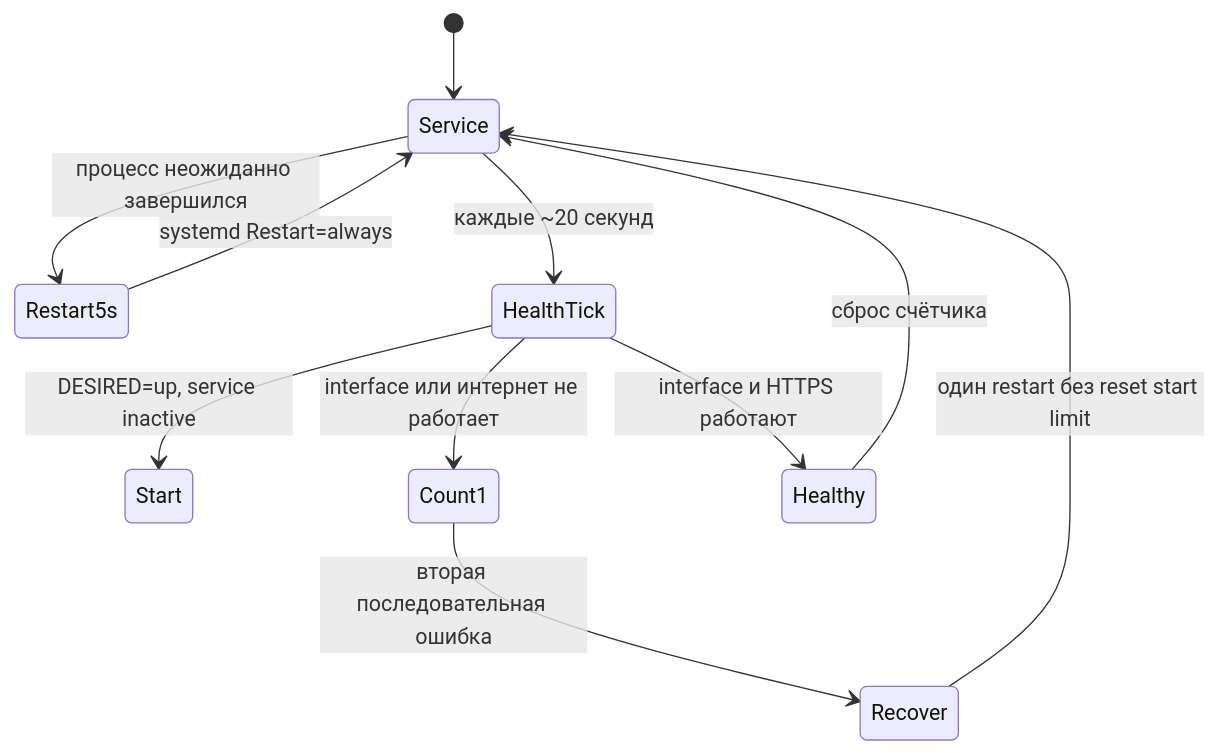
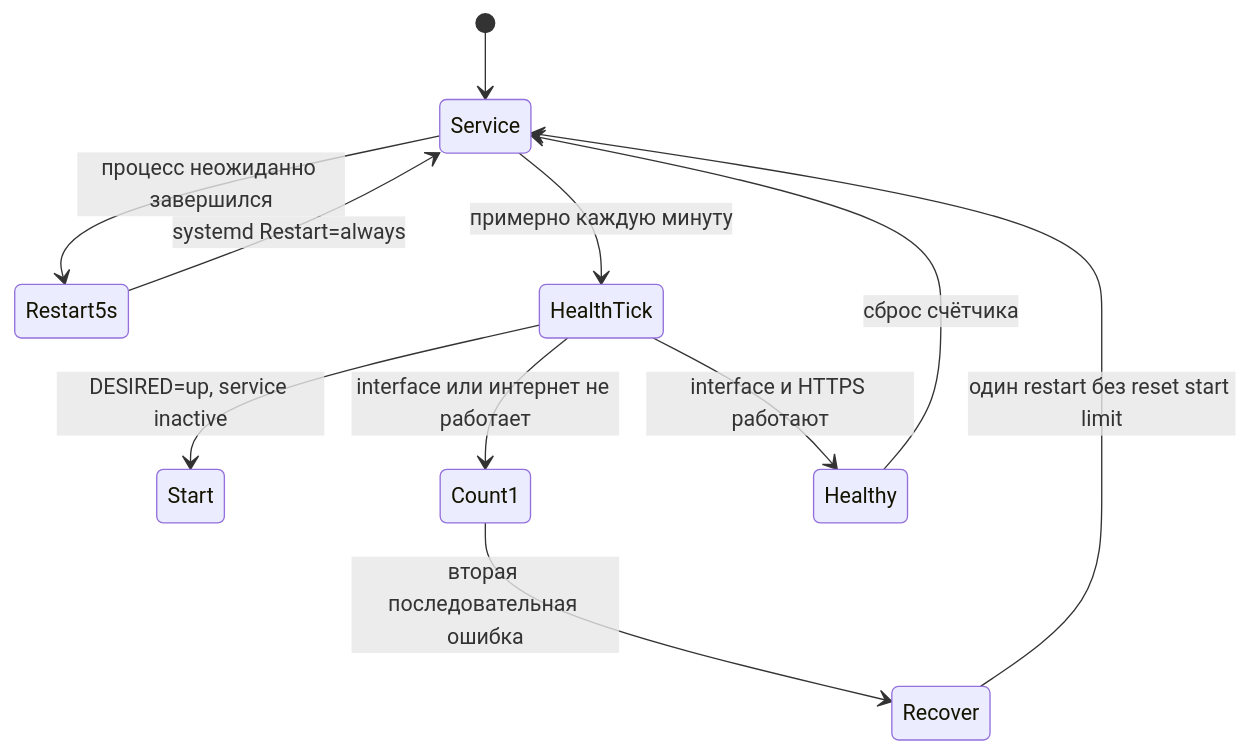
Before and after one commit to mazurovn/mazzy-vpn: the diagram in wiki/Diagnostics-and-Recovery.md, drawn with Mermaid. The commit also changed other lines of this file and 59 other files, not shown here.

````diff
--- a/wiki/Diagnostics-and-Recovery.md
+++ b/wiki/Diagnostics-and-Recovery.md
@@ -27,13 +27,13 @@
 ```mermaid
 stateDiagram-v2
     [*] --> Service
     Service --> Restart5s: процесс неожиданно завершился
     Restart5s --> Service: systemd Restart=always
-    Service --> HealthTick: каждые ~20 секунд
+    Service --> HealthTick: примерно каждую минуту
     HealthTick --> Start: DESIRED=up, service inactive
     HealthTick --> Count1: interface или интернет не работает
     Count1 --> Recover: вторая последовательная ошибка
     Recover --> Service: один restart без reset start limit
     HealthTick --> Healthy: interface и HTTPS работают
     Healthy --> Service: сброс счётчика
 ```
````
